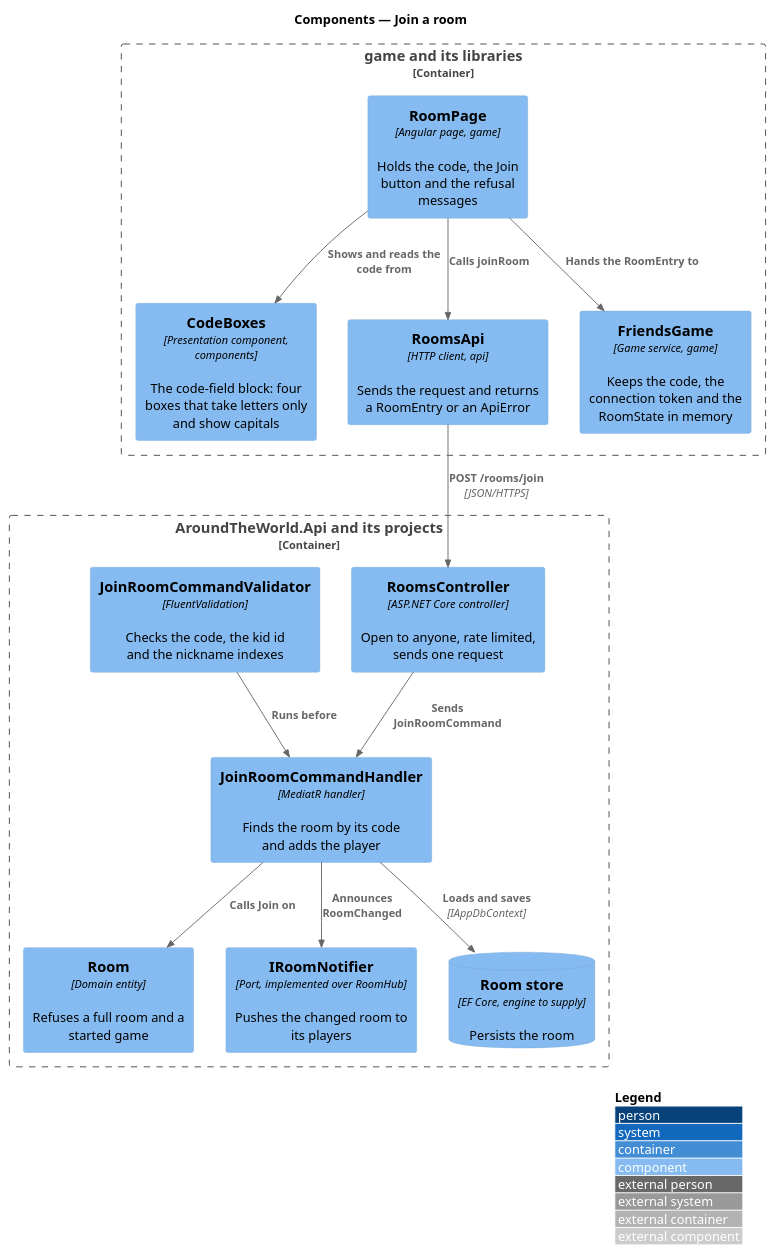
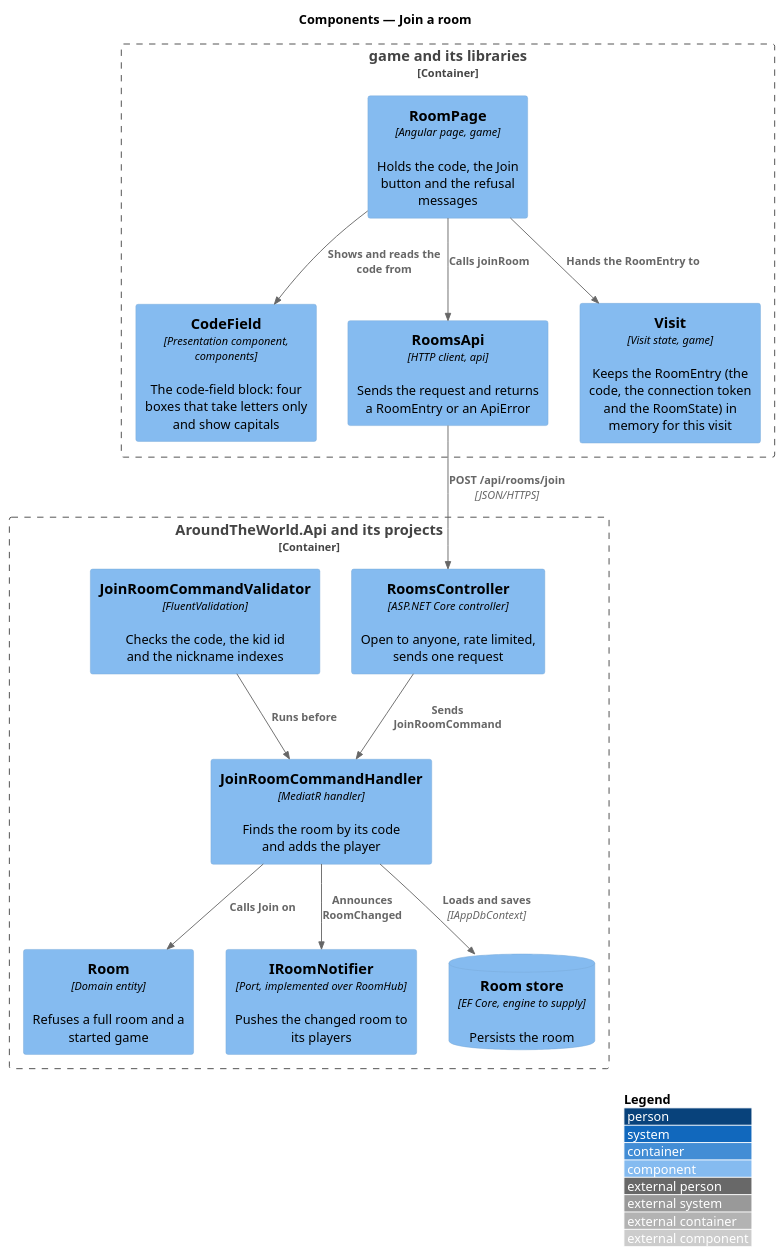
One commit to QuinntyneBrown/around-the-world changed the diagram in docs/detailed-designs/rooms/join-room/diagrams/c4-component.puml. Above: the diagram before and after it, drawn with PlantUML. The commit also changed 14 other files, not shown here.

```diff
--- a/docs/detailed-designs/rooms/join-room/diagrams/c4-component.puml
+++ b/docs/detailed-designs/rooms/join-room/diagrams/c4-component.puml
@@ -1,29 +1,29 @@
 @startuml
 !include <C4/C4_Component>
 LAYOUT_WITH_LEGEND()
 title Components — Join a room
 
 Container_Boundary(game, "game and its libraries") {
   Component(page, "RoomPage", "Angular page, game", "Holds the code, the Join button and the refusal messages")
-  Component(boxes, "CodeBoxes", "Presentation component, components", "The code-field block: four boxes that take letters only and show capitals")
+  Component(boxes, "CodeField", "Presentation component, components", "The code-field block: four boxes that take letters only and show capitals")
   Component(client, "RoomsApi", "HTTP client, api", "Sends the request and returns a RoomEntry or an ApiError")
-  Component(session, "FriendsGame", "Game service, game", "Keeps the code, the connection token and the RoomState in memory")
+  Component(session, "Visit", "Visit state, game", "Keeps the RoomEntry (the code, the connection token and the RoomState) in memory for this visit")
 }
 Container_Boundary(api, "AroundTheWorld.Api and its projects") {
   Component(ctrl, "RoomsController", "ASP.NET Core controller", "Open to anyone, rate limited, sends one request")
   Component(validator, "JoinRoomCommandValidator", "FluentValidation", "Checks the code, the kid id and the nickname indexes")
   Component(handler, "JoinRoomCommandHandler", "MediatR handler", "Finds the room by its code and adds the player")
   Component(room, "Room", "Domain entity", "Refuses a full room and a started game")
   Component(notifier, "IRoomNotifier", "Port, implemented over RoomHub", "Pushes the changed room to its players")
   ComponentDb(store, "Room store", "EF Core, engine to supply", "Persists the room")
 }
 Rel(page, boxes, "Shows and reads the code from")
 Rel(page, client, "Calls joinRoom")
 Rel(page, session, "Hands the RoomEntry to")
-Rel(client, ctrl, "POST /rooms/join", "JSON/HTTPS")
+Rel(client, ctrl, "POST /api/rooms/join", "JSON/HTTPS")
 Rel(ctrl, handler, "Sends JoinRoomCommand")
 Rel(validator, handler, "Runs before")
 Rel(handler, room, "Calls Join on")
 Rel(handler, store, "Loads and saves", "IAppDbContext")
 Rel(handler, notifier, "Announces RoomChanged")
 @enduml
```
